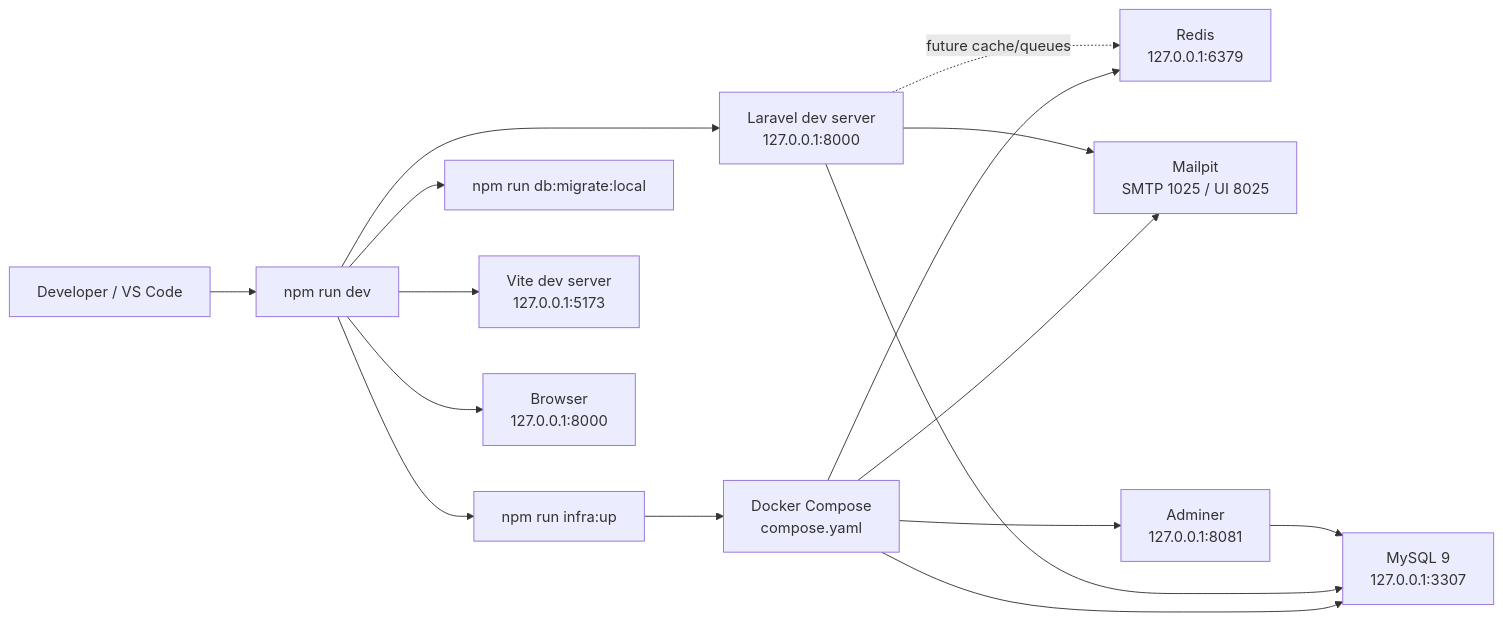
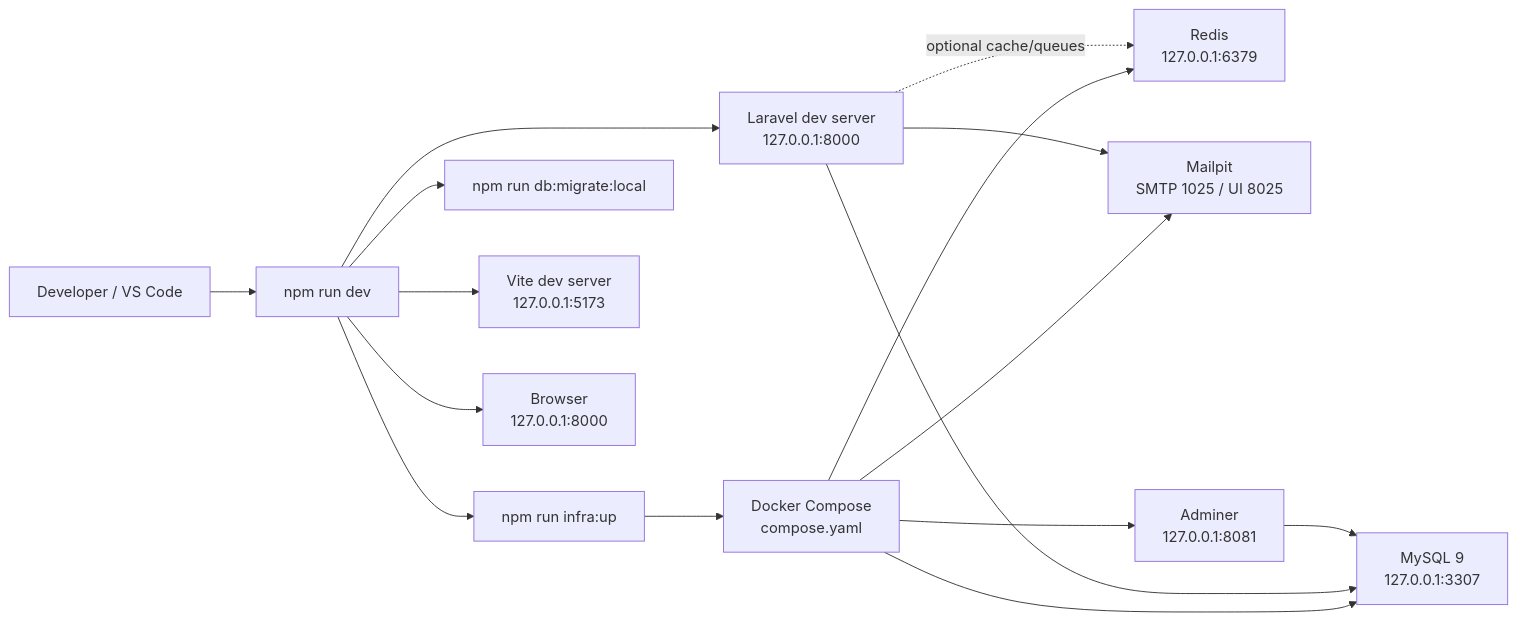
The diagram in README.md (sergehall/cs85-php-programming), drawn with Mermaid before and after one commit. The commit also changed other lines of this file, not shown here.

````diff
--- a/README.md
+++ b/README.md
@@ -265,20 +268,20 @@
 ```mermaid
 flowchart LR
     Developer["Developer / VS Code"] --> Script["npm run dev"]
     Script --> Infra["npm run infra:up"]
     Script --> Migrate["npm run db:migrate:local"]
     Script --> Laravel["Laravel dev server\n127.0.0.1:8000"]
     Script --> Vite["Vite dev server\n127.0.0.1:5173"]
     Script --> Browser["Browser\n127.0.0.1:8000"]
 
     Infra --> Compose["Docker Compose\ncompose.yaml"]
     Compose --> MySQL["MySQL 9\n127.0.0.1:3307"]
     Compose --> Redis["Redis\n127.0.0.1:6379"]
     Compose --> Mailpit["Mailpit\nSMTP 1025 / UI 8025"]
     Compose --> Adminer["Adminer\n127.0.0.1:8081"]
 
     Laravel --> MySQL
     Laravel --> Mailpit
-    Laravel -. "future cache/queues" .-> Redis
+    Laravel -. "optional cache/queues" .-> Redis
     Adminer --> MySQL
 ```
````
